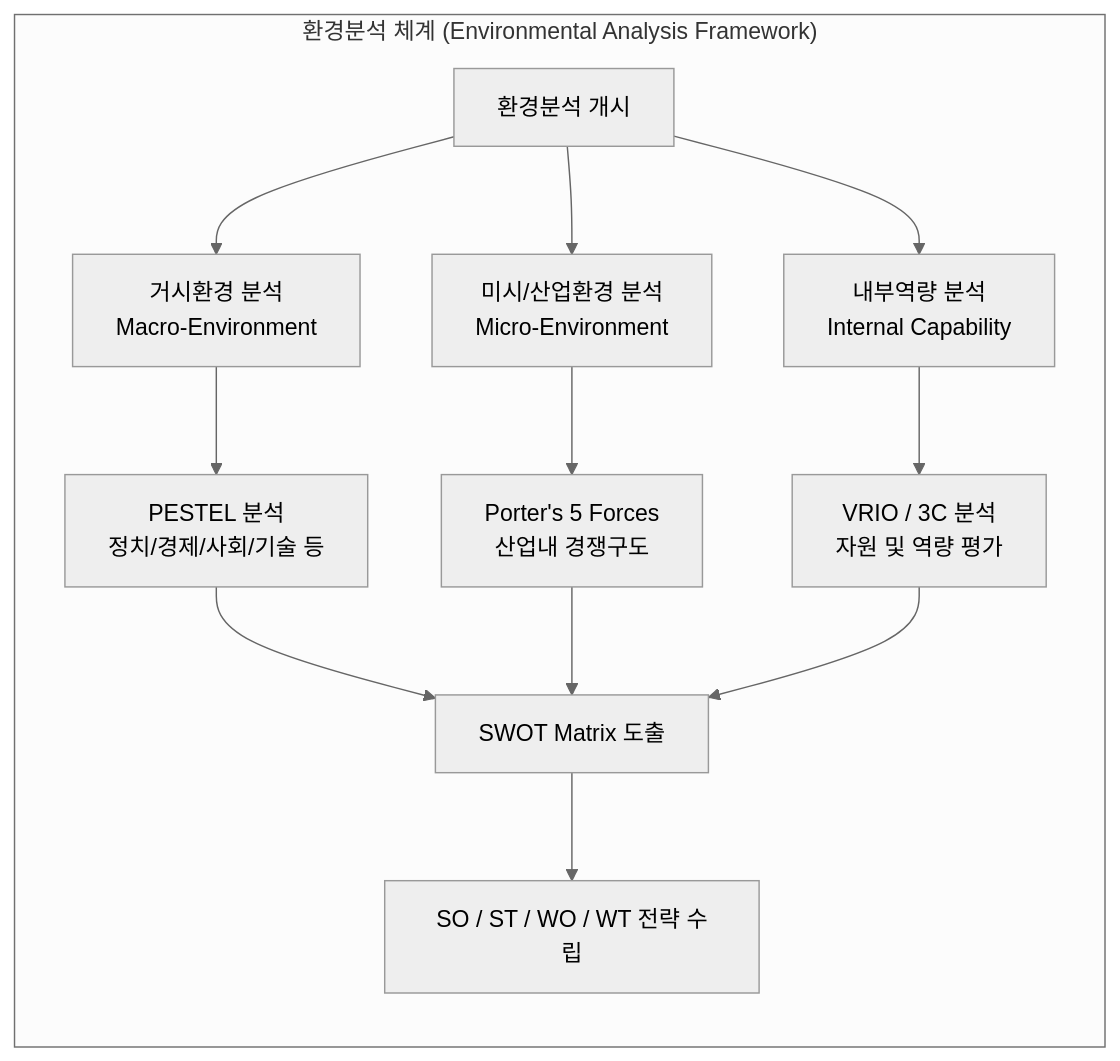
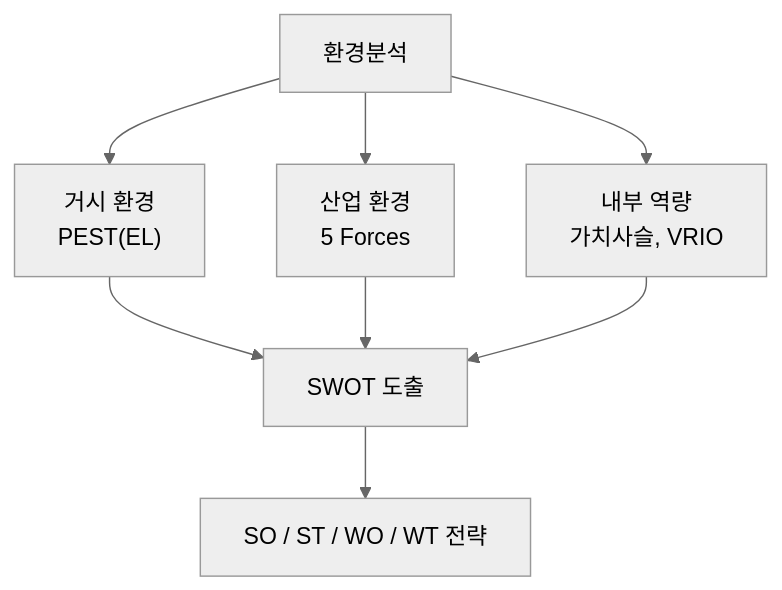
The diagram in content/01_IT Tech/환경분석.md (supremethumb/supremethumb.github.io), drawn with Mermaid (neutral theme) before and after one commit. The commit also changed other lines of this file and 1087 other files, not shown here.

````diff
--- a/content/01_IT Tech/환경분석.md
+++ b/content/01_IT Tech/환경분석.md
@@ -23,21 +34,10 @@
 ```mermaid
 flowchart TB
-    subgraph "환경분석 체계 (Environmental Analysis Framework)"
-        direction TB
-        A[환경분석 개시] --> B["거시환경 분석<br/>Macro-Environment"]
-        A --> C["미시/산업환경 분석<br/>Micro-Environment"]
-        A --> D["내부역량 분석<br/>Internal Capability"]
-        
-        B --> B1["PESTEL 분석<br/>정치/경제/사회/기술 등"]
-        C --> C1["Porter's 5 Forces<br/>산업내 경쟁구도"]
-        D --> D1["VRIO / 3C 분석<br/>자원 및 역량 평가"]
-        
-        B1 --> E[SWOT Matrix 도출]
-        C1 --> E
-        D1 --> E
-        
-        E --> F["SO / ST / WO / WT 전략 수립"]
-    end
-
-
+    A["환경분석"] --> B["거시 환경<br/>PEST(EL)"]
+    A --> C["산업 환경<br/>5 Forces"]
+    A --> D["내부 역량<br/>가치사슬, VRIO"]
+    B --> E["SWOT 도출"]
+    C --> E
+    D --> E
+    E --> F["SO / ST / WO / WT 전략"]
 ```
````
